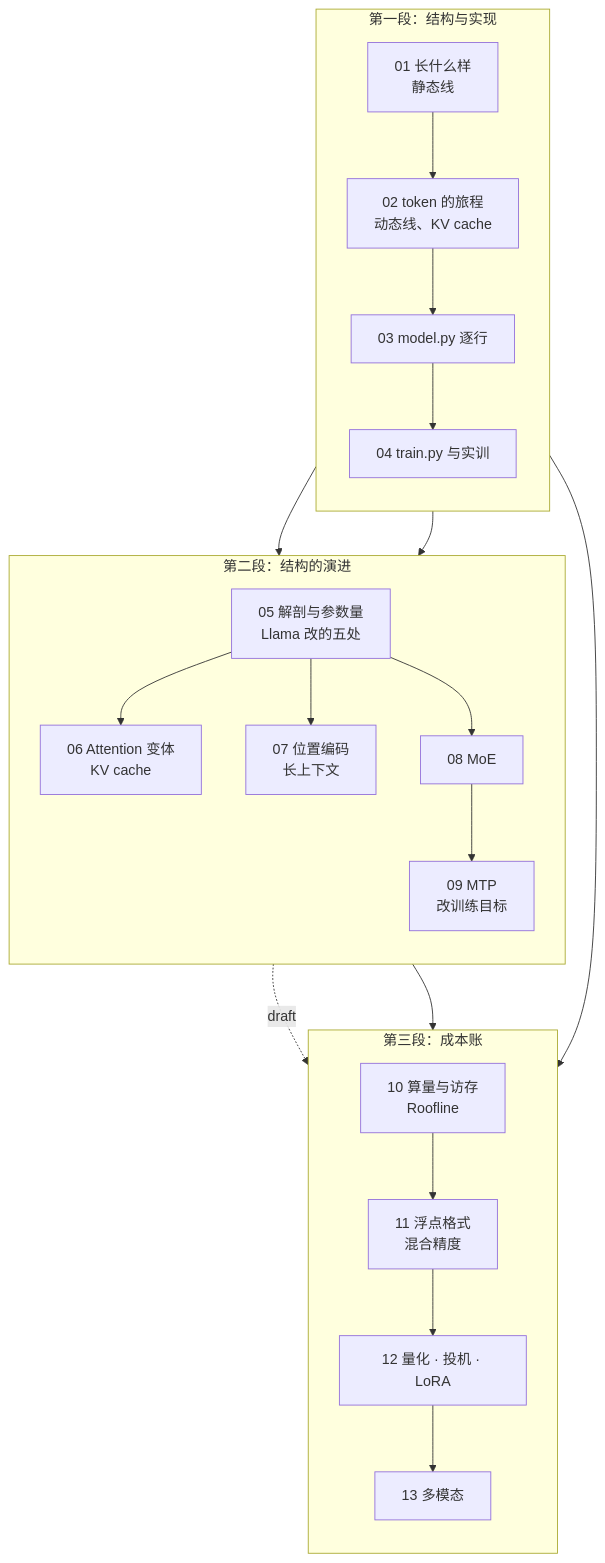
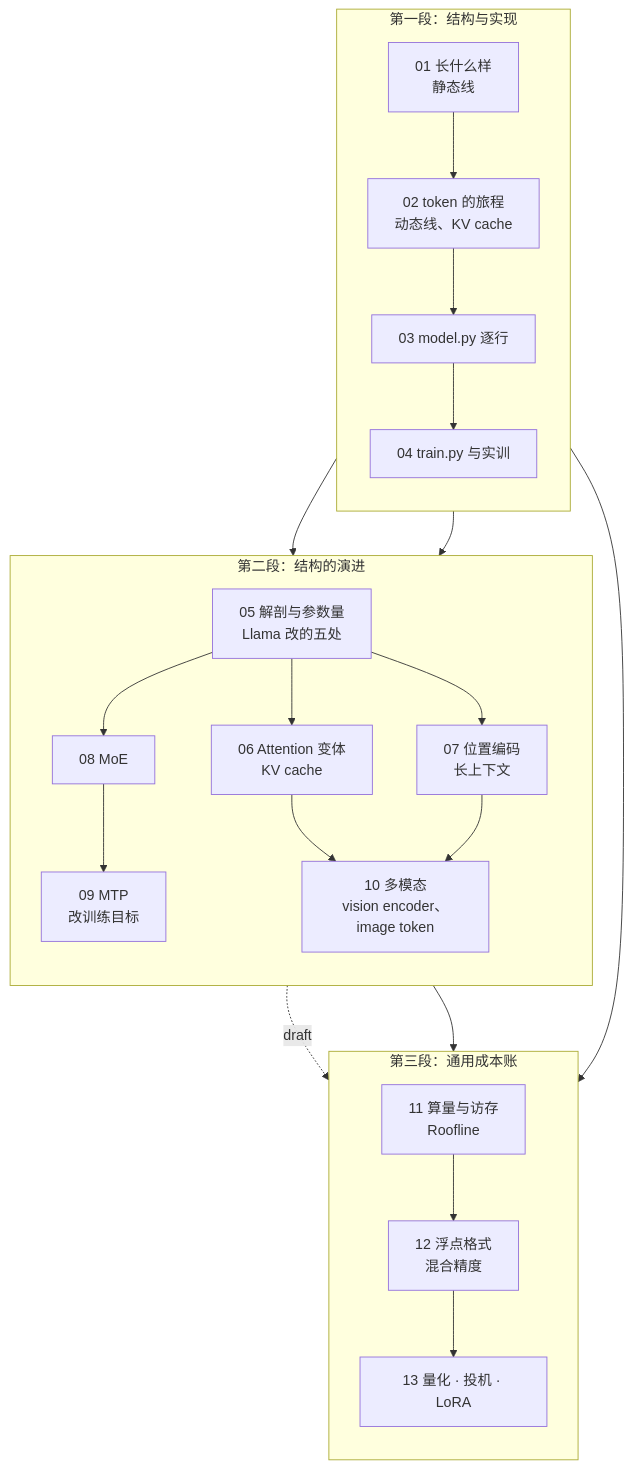
Before and after one commit to arganzheng/arganzheng.github.com: the first of 2 diagrams in _posts/2026-03-30-transformer-and-llm-for-infra-engineers.md, drawn with Mermaid. The commit also changed other lines of this file and 16 other files, not shown here.

````diff
--- a/_posts/2026-03-30-transformer-and-llm-for-infra-engineers.md
+++ b/_posts/2026-03-30-transformer-and-llm-for-infra-engineers.md
@@ -26,24 +26,26 @@
 ```mermaid
 %%{init: {"flowchart": {"wrappingWidth": 150}}}%%
-%% 图：系列的三段十三篇与依赖：第一段 01 → 02 → 03 → 04 顺序读（结构 → 动态 → 代码 → 训练）；第二段 05 承接 03 末尾的五处改动，06 / 07 / 08 各接 05，09 接 08（DeepSeek-V3 的三处改动：MLA、MoE、MTP）；第三段 10 承接 05（形状 → GEMM）与 02（prefill / decode），11 接 04 的混合精度，12 接 09（MTP 与投机解码）与 10，13 接 06 与 10
+%% 图：系列的三段十三篇与依赖：第一段 01 → 02 → 03 → 04 顺序读（结构 → 动态 → 代码 → 训练）；第二段 05 承接 03 末尾的五处改动，06 / 07 / 08 各接 05，09 接 08（DeepSeek-V3 的三处改动：MLA、MoE、MTP），10 多模态接 06 与 07（image token 的 KV、M-RoPE）；第三段 11 承接 05（形状 → GEMM）与 02（prefill / decode），12 接 04 的混合精度，13 接 09（MTP 与投机解码）与 11
 flowchart TB
     subgraph S1["第一段：结构与实现"]
         direction TB
         P1["01 长什么样<br/>静态线"] --> P2["02 token 的旅程<br/>动态线、KV cache"] --> P3["03 model.py 逐行"] --> P4["04 train.py 与实训"]
     end
     subgraph S2["第二段：结构的演进"]
         direction TB
         P5["05 解剖与参数量<br/>Llama 改的五处"]
         P5 --> P6["06 Attention 变体<br/>KV cache"]
         P5 --> P7["07 位置编码<br/>长上下文"]
         P5 --> P8["08 MoE"] --> P9["09 MTP<br/>改训练目标"]
+        P6 --> P10["10 多模态<br/>vision encoder、image token"]
+        P7 --> P10
     end
-    subgraph S3["第三段：成本账"]
+    subgraph S3["第三段：通用成本账"]
         direction TB
-        P10["10 算量与访存<br/>Roofline"] --> P11["11 浮点格式<br/>混合精度"] --> P12["12 量化 · 投机 · LoRA"] --> P13["13 多模态"]
+        P11["11 算量与访存<br/>Roofline"] --> P12["12 浮点格式<br/>混合精度"] --> P13["13 量化 · 投机 · LoRA"]
     end
     P3 --> P5
-    P4 --> P10
-    P9 -. "draft" .-> P12
+    P4 --> P11
+    P9 -. "draft" .-> P13
     S1 --> S2 --> S3
 ```
````
